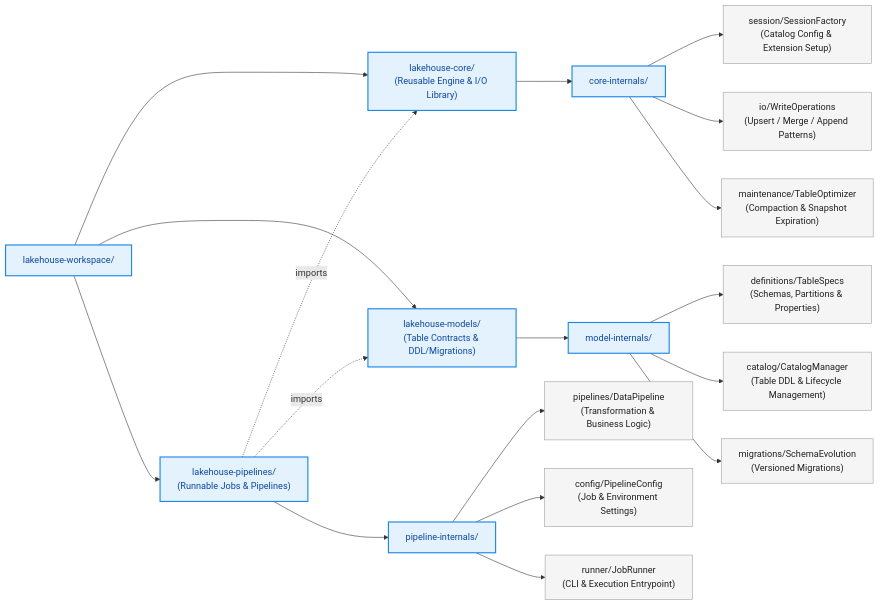
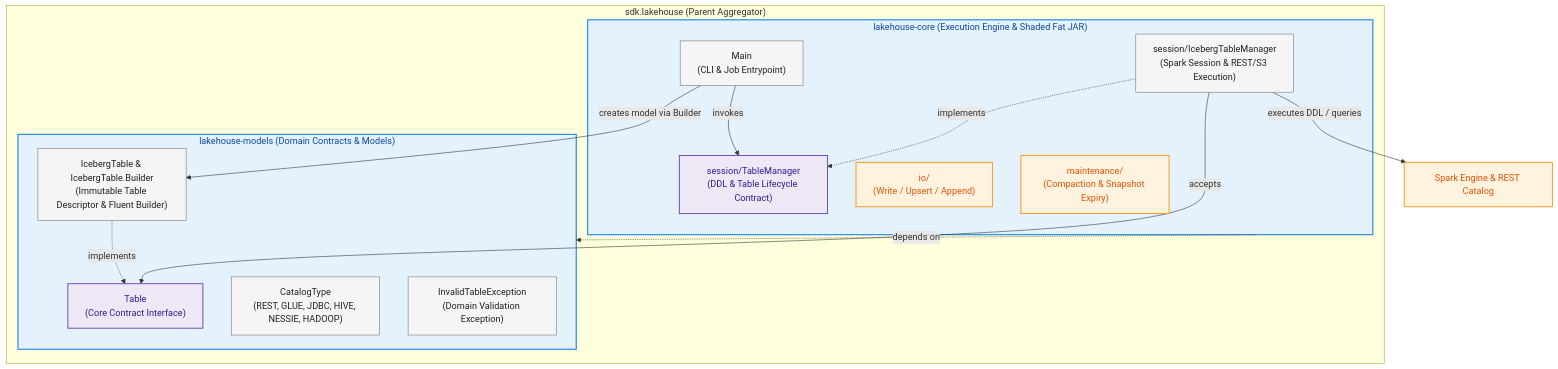
One commit to x-ruiz/playground-data-engineering changed the first of 2 diagrams in maven_projects/sdk_lakehouse/README.md. Above: the diagram before and after it, drawn with Mermaid. The commit also changed other lines of this file and 1 other file, not shown here.

````diff
--- a/maven_projects/sdk_lakehouse/README.md
+++ b/maven_projects/sdk_lakehouse/README.md
@@ -2,60 +11,42 @@
 ```mermaid
-flowchart LR
-    Root["lakehouse-workspace/"]
+flowchart TD
+    subgraph Root["sdk.lakehouse (Parent Aggregator)"]
+        
+        subgraph ModelsModule["lakehouse-models (Domain Contracts & Models)"]
+            TableIntf["Table<br/>(Core Contract Interface)"]
+            IcebergTableCls["IcebergTable & IcebergTable.Builder<br/>(Immutable Table Descriptor & Fluent Builder)"]
+            CatalogTypeEnum["CatalogType<br/>(REST, GLUE, JDBC, HIVE, NESSIE, HADOOP)"]
+            InvalidTableEx["InvalidTableException<br/>(Domain Validation Exception)"]
+            
+            IcebergTableCls -.->|"implements"| TableIntf
+        end
 
-%% Main Submodules
-    Core["lakehouse-core/<br/>(Reusable Engine & I/O Library)"]
-    Models["lakehouse-models/<br/>(Table Contracts & DDL/Migrations)"]
-    Pipelines["lakehouse-pipelines/<br/>(Runnable Jobs & Pipelines)"]
+        subgraph CoreModule["lakehouse-core (Execution Engine & Shaded Fat JAR)"]
+            MainApp["Main<br/>(CLI & Job Entrypoint)"]
+            TableMgrIntf["session/TableManager<br/>(DDL & Table Lifecycle Contract)"]
+            IcebergTableMgr["session/IcebergTableManager<br/>(Spark Session & REST/S3 Execution)"]
+            
+            IO["io/<br/>(Write / Upsert / Append)"]
+            Maintenance["maintenance/<br/>(Compaction & Snapshot Expiry)"]
+            
+            MainApp -->|"creates model via Builder"| IcebergTableCls
+            MainApp -->|"invokes"| TableMgrIntf
+            IcebergTableMgr -.->|"implements"| TableMgrIntf
+            IcebergTableMgr -->|"accepts"| TableIntf
+        end
 
-    Root --> Core
-    Root --> Models
-    Root --> Pipelines
+    end
 
-%% Core Internals
-    CoreSrc["core-internals/"]
-    Core --> CoreSrc
+    CoreModule -.->|"depends on"| ModelsModule
+    IcebergTableMgr -->|"executes DDL / queries"| SparkEngine["Spark Engine & REST Catalog"]
 
-    SessionFactory["session/SessionFactory<br/>(Catalog Config & Extension Setup)"]
-    WriterOps["io/WriteOperations<br/>(Upsert / Merge / Append Patterns)"]
-    Maintenance["maintenance/TableOptimizer<br/>(Compaction & Snapshot Expiration)"]
+    classDef module fill:#E3F2FD,stroke:#1E88E5,stroke-width:2px,color:#0D47A1;
+    classDef contract fill:#EDE7F6,stroke:#5E35B1,stroke-width:1.5px,color:#311B92;
+    classDef concrete fill:#F5F5F5,stroke:#757575,stroke-width:1px,color:#212121;
+    classDef ext fill:#FFF3E0,stroke:#FB8C00,stroke-width:1.5px,color:#E65100;
 
-    CoreSrc --> SessionFactory
-    CoreSrc --> WriterOps
-    CoreSrc --> Maintenance
-
-%% Schema / DDL Internals
-    ModelSrc["model-internals/"]
-    Models --> ModelSrc
-
-    TableSpecs["definitions/TableSpecs<br/>(Schemas, Partitions & Properties)"]
-    CatalogMgr["catalog/CatalogManager<br/>(Table DDL & Lifecycle Management)"]
-    Migrations["migrations/SchemaEvolution<br/>(Versioned Migrations)"]
-
-    ModelSrc --> TableSpecs
-    ModelSrc --> CatalogMgr
-    ModelSrc --> Migrations
-
-%% Pipeline Internals
-    PipelineSrc["pipeline-internals/"]
-    Pipelines --> PipelineSrc
-
-    JobLogic["pipelines/DataPipeline<br/>(Transformation & Business Logic)"]
-    JobConfig["config/PipelineConfig<br/>(Job & Environment Settings)"]
-    Runner["runner/JobRunner<br/>(CLI & Execution Entrypoint)"]
-
-    PipelineSrc --> JobLogic
-    PipelineSrc --> JobConfig
-    PipelineSrc --> Runner
-
-%% Dependencies
-    Pipelines -.->|"imports"| Core
-    Pipelines -.->|"imports"| Models
-
-%% Styling
-    classDef folder fill:#E3F2FD,stroke:#1E88E5,stroke-width:2px,color:#0D47A1;
-    classDef component fill:#F5F5F5,stroke:#9E9E9E,stroke-width:1px,color:#212121;
-
-    class Root,Core,Models,Pipelines,CoreSrc,ModelSrc,PipelineSrc folder;
-    class SessionFactory,WriterOps,Maintenance,TableSpecs,CatalogMgr,Migrations,JobLogic,JobConfig,Runner component;
+    class ModelsModule,CoreModule module;
+    class TableIntf,TableMgrIntf contract;
+    class IcebergTableCls,IcebergTableMgr,MainApp,CatalogTypeEnum,InvalidTableEx concrete;
+    class SparkEngine,IO,Maintenance ext;
 ```
````
